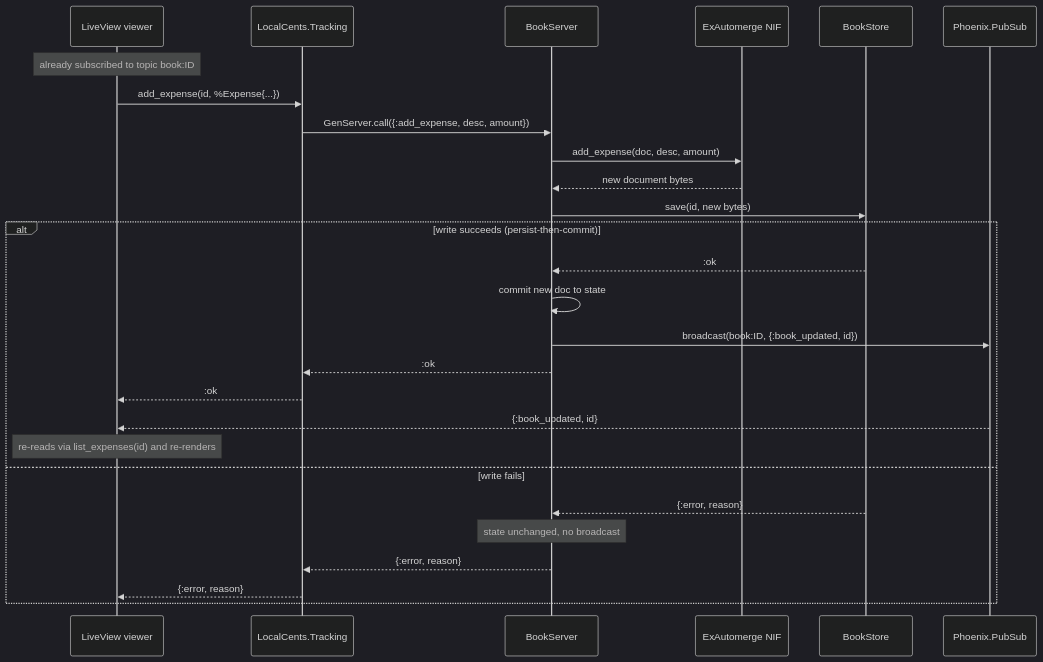
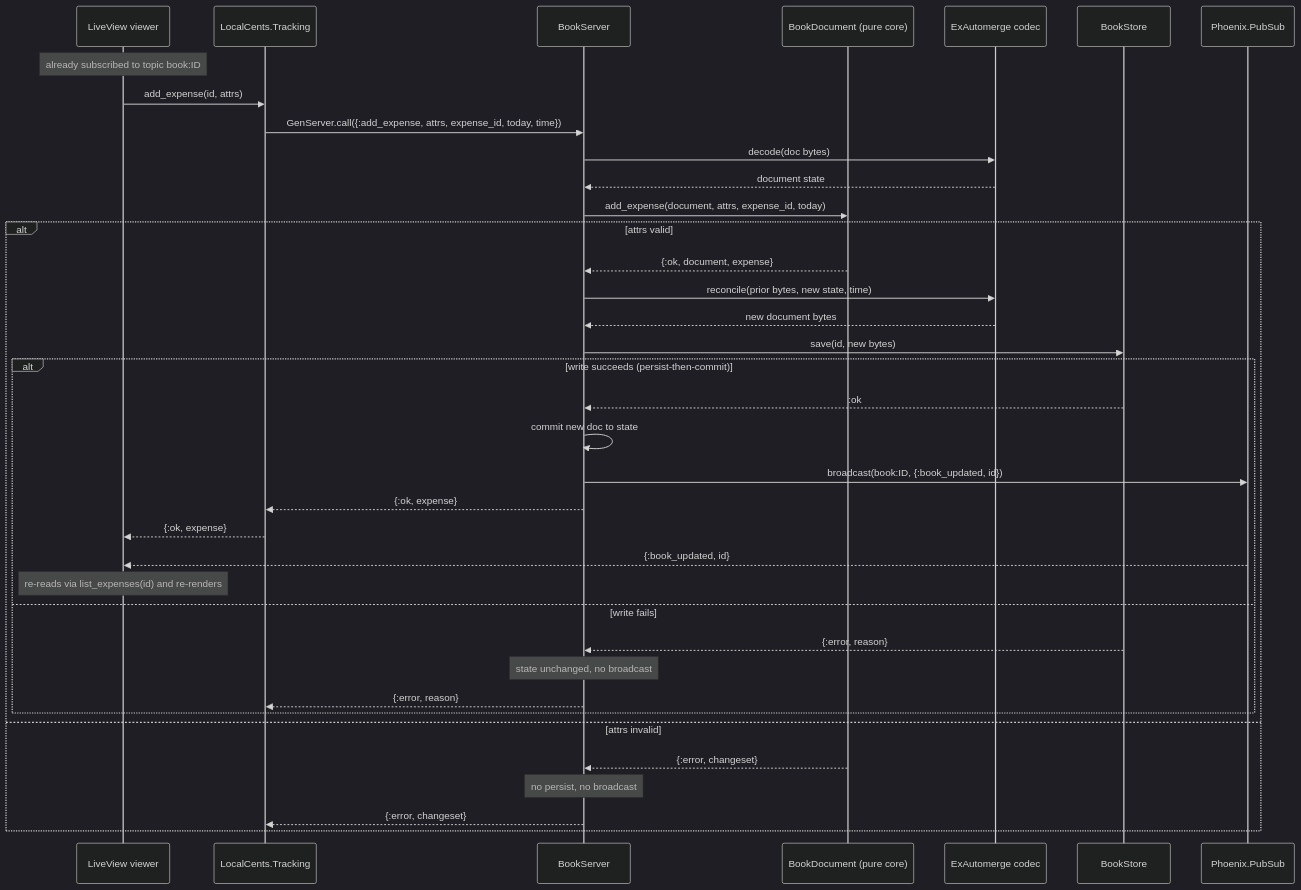
Before and after one commit to zorn/local_cents: the third of 5 diagrams in docs/book-runtime-architecture.md, drawn with Mermaid (dark theme). The commit also changed other lines of this file and 23 other files, not shown here.

First line of the commit message:
feat: build the Expense domain model on a functional core (#106)

````diff
--- a/docs/book-runtime-architecture.md
+++ b/docs/book-runtime-architecture.md
@@ -101,30 +114,40 @@
 ```mermaid
 sequenceDiagram
     participant LV as LiveView viewer
     participant T as LocalCents.Tracking
     participant BS as BookServer
-    participant EA as ExAutomerge NIF
+    participant BD as BookDocument (pure core)
+    participant EA as ExAutomerge codec
     participant St as BookStore
     participant PS as Phoenix.PubSub
 
     Note over LV: already subscribed to topic book:ID
-    LV->>T: add_expense(id, %Expense{...})
-    T->>BS: GenServer.call({:add_expense, desc, amount})
-    BS->>EA: add_expense(doc, desc, amount)
-    EA-->>BS: new document bytes
-    BS->>St: save(id, new bytes)
-    alt write succeeds (persist-then-commit)
-        St-->>BS: :ok
-        BS->>BS: commit new doc to state
-        BS->>PS: broadcast(book:ID, {:book_updated, id})
-        BS-->>T: :ok
-        T-->>LV: :ok
-        PS-->>LV: {:book_updated, id}
-        Note over LV: re-reads via list_expenses(id) and re-renders
-    else write fails
-        St-->>BS: {:error, reason}
-        Note over BS: state unchanged, no broadcast
-        BS-->>T: {:error, reason}
-        T-->>LV: {:error, reason}
+    LV->>T: add_expense(id, attrs)
+    T->>BS: GenServer.call({:add_expense, attrs, expense_id, today, time})
+    BS->>EA: decode(doc bytes)
+    EA-->>BS: document state
+    BS->>BD: add_expense(document, attrs, expense_id, today)
+    alt attrs valid
+        BD-->>BS: {:ok, document, expense}
+        BS->>EA: reconcile(prior bytes, new state, time)
+        EA-->>BS: new document bytes
+        BS->>St: save(id, new bytes)
+        alt write succeeds (persist-then-commit)
+            St-->>BS: :ok
+            BS->>BS: commit new doc to state
+            BS->>PS: broadcast(book:ID, {:book_updated, id})
+            BS-->>T: {:ok, expense}
+            T-->>LV: {:ok, expense}
+            PS-->>LV: {:book_updated, id}
+            Note over LV: re-reads via list_expenses(id) and re-renders
+        else write fails
+            St-->>BS: {:error, reason}
+            Note over BS: state unchanged, no broadcast
+            BS-->>T: {:error, reason}
+        end
+    else attrs invalid
+        BD-->>BS: {:error, changeset}
+        Note over BS: no persist, no broadcast
+        BS-->>T: {:error, changeset}
     end
 ```
````
